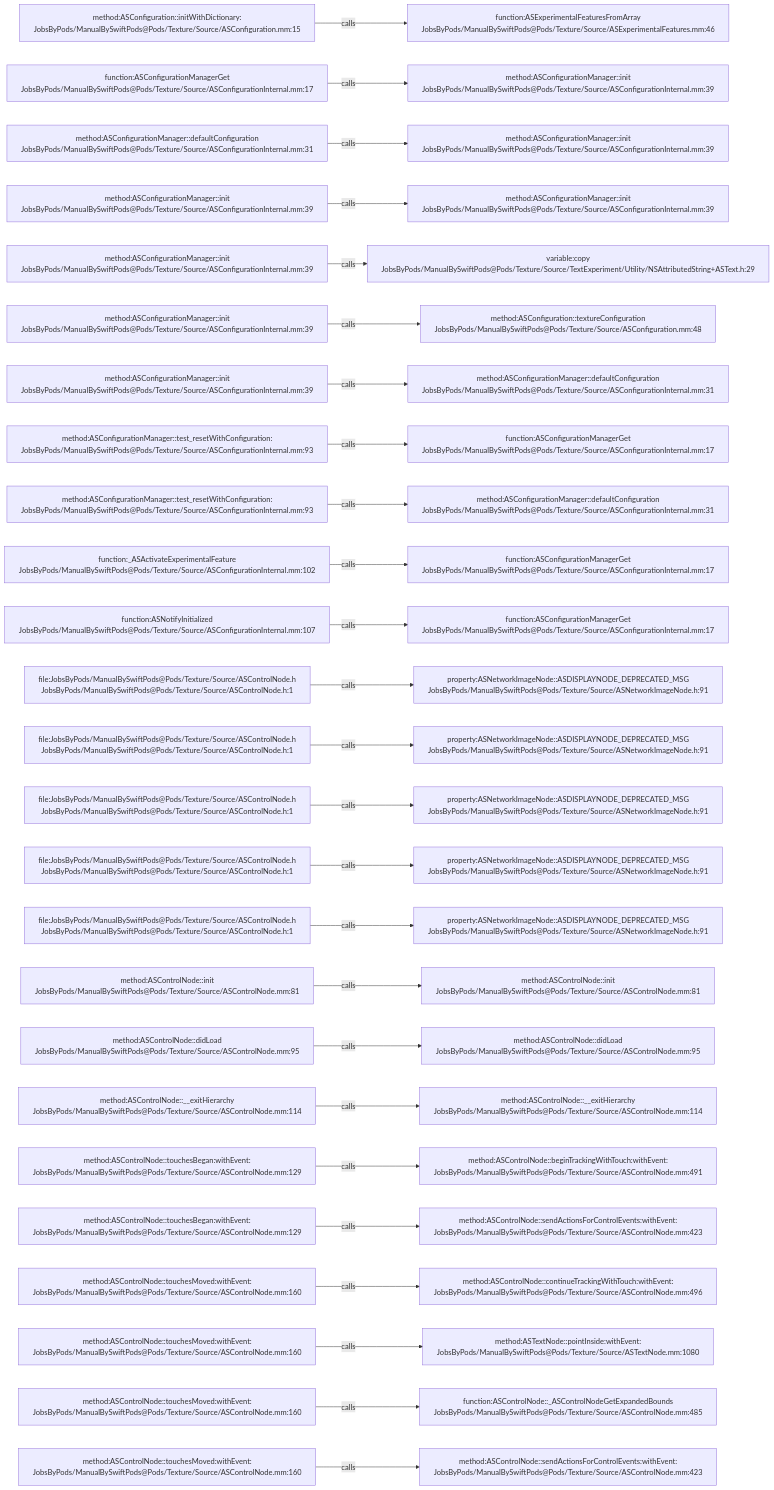
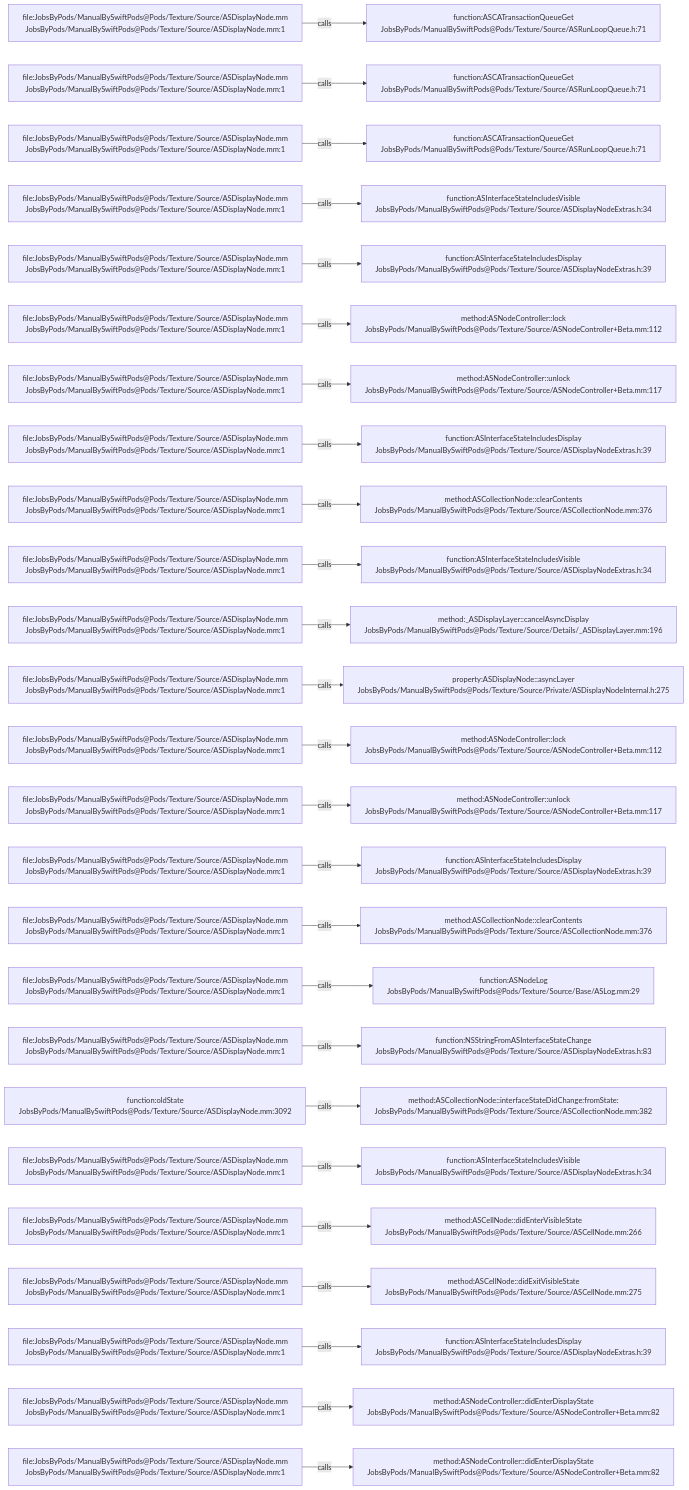
One commit to JobsKits/JobsSwiftBaseConfigDemo changed the diagram in .codegraph/codegraph.md/graphs/calls-035.md. Above: the diagram before and after it, drawn with Mermaid. The commit also changed 832 other files, not shown here.

````diff
--- a/.codegraph/codegraph.md/graphs/calls-035.md
+++ b/.codegraph/codegraph.md/graphs/calls-035.md
@@ -13,78 +13,78 @@
 ```mermaid
 flowchart LR
-  S1["method:ASConfiguration::initWithDictionary:<br/>JobsByPods/ManualBySwiftPods@Pods/Texture/Source/ASConfiguration.mm:15"]
-  T1["function:ASExperimentalFeaturesFromArray<br/>JobsByPods/ManualBySwiftPods@Pods/Texture/Source/ASExperimentalFeatures.mm:46"]
+  S1["file:JobsByPods/ManualBySwiftPods@Pods/Texture/Source/ASDisplayNode.mm<br/>JobsByPods/ManualBySwiftPods@Pods/Texture/Source/ASDisplayNode.mm:1"]
+  T1["function:ASCATransactionQueueGet<br/>JobsByPods/ManualBySwiftPods@Pods/Texture/Source/ASRunLoopQueue.h:71"]
   S1 -->|calls| T1
-  S2["function:ASConfigurationManagerGet<br/>JobsByPods/ManualBySwiftPods@Pods/Texture/Source/ASConfigurationInternal.mm:17"]
-  T2["method:ASConfigurationManager::init<br/>JobsByPods/ManualBySwiftPods@Pods/Texture/Source/ASConfigurationInternal.mm:39"]
+  S2["file:JobsByPods/ManualBySwiftPods@Pods/Texture/Source/ASDisplayNode.mm<br/>JobsByPods/ManualBySwiftPods@Pods/Texture/Source/ASDisplayNode.mm:1"]
+  T2["function:ASCATransactionQueueGet<br/>JobsByPods/ManualBySwiftPods@Pods/Texture/Source/ASRunLoopQueue.h:71"]
   S2 -->|calls| T2
-  S3["method:ASConfigurationManager::defaultConfiguration<br/>JobsByPods/ManualBySwiftPods@Pods/Texture/Source/ASConfigurationInternal.mm:31"]
-  T3["method:ASConfigurationManager::init<br/>JobsByPods/ManualBySwiftPods@Pods/Texture/Source/ASConfigurationInternal.mm:39"]
+  S3["file:JobsByPods/ManualBySwiftPods@Pods/Texture/Source/ASDisplayNode.mm<br/>JobsByPods/ManualBySwiftPods@Pods/Texture/Source/ASDisplayNode.mm:1"]
+  T3["function:ASCATransactionQueueGet<br/>JobsByPods/ManualBySwiftPods@Pods/Texture/Source/ASRunLoopQueue.h:71"]
   S3 -->|calls| T3
-  S4["method:ASConfigurationManager::init<br/>JobsByPods/ManualBySwiftPods@Pods/Texture/Source/ASConfigurationInternal.mm:39"]
-  T4["method:ASConfigurationManager::init<br/>JobsByPods/ManualBySwiftPods@Pods/Texture/Source/ASConfigurationInternal.mm:39"]
+  S4["file:JobsByPods/ManualBySwiftPods@Pods/Texture/Source/ASDisplayNode.mm<br/>JobsByPods/ManualBySwiftPods@Pods/Texture/Source/ASDisplayNode.mm:1"]
+  T4["function:ASInterfaceStateIncludesVisible<br/>JobsByPods/ManualBySwiftPods@Pods/Texture/Source/ASDisplayNodeExtras.h:34"]
   S4 -->|calls| T4
-  S5["method:ASConfigurationManager::init<br/>JobsByPods/ManualBySwiftPods@Pods/Texture/Source/ASConfigurationInternal.mm:39"]
-  T5["variable:copy<br/>JobsByPods/ManualBySwiftPods@Pods/Texture/Source/TextExperiment/Utility/NSAttributedString+ASText.h:29"]
+  S5["file:JobsByPods/ManualBySwiftPods@Pods/Texture/Source/ASDisplayNode.mm<br/>JobsByPods/ManualBySwiftPods@Pods/Texture/Source/ASDisplayNode.mm:1"]
+  T5["function:ASInterfaceStateIncludesDisplay<br/>JobsByPods/ManualBySwiftPods@Pods/Texture/Source/ASDisplayNodeExtras.h:39"]
   S5 -->|calls| T5
-  S6["method:ASConfigurationManager::init<br/>JobsByPods/ManualBySwiftPods@Pods/Texture/Source/ASConfigurationInternal.mm:39"]
-  T6["method:ASConfiguration::textureConfiguration<br/>JobsByPods/ManualBySwiftPods@Pods/Texture/Source/ASConfiguration.mm:48"]
+  S6["file:JobsByPods/ManualBySwiftPods@Pods/Texture/Source/ASDisplayNode.mm<br/>JobsByPods/ManualBySwiftPods@Pods/Texture/Source/ASDisplayNode.mm:1"]
+  T6["method:ASNodeController::lock<br/>JobsByPods/ManualBySwiftPods@Pods/Texture/Source/ASNodeController+Beta.mm:112"]
   S6 -->|calls| T6
-  S7["method:ASConfigurationManager::init<br/>JobsByPods/ManualBySwiftPods@Pods/Texture/Source/ASConfigurationInternal.mm:39"]
-  T7["method:ASConfigurationManager::defaultConfiguration<br/>JobsByPods/ManualBySwiftPods@Pods/Texture/Source/ASConfigurationInternal.mm:31"]
+  S7["file:JobsByPods/ManualBySwiftPods@Pods/Texture/Source/ASDisplayNode.mm<br/>JobsByPods/ManualBySwiftPods@Pods/Texture/Source/ASDisplayNode.mm:1"]
+  T7["method:ASNodeController::unlock<br/>JobsByPods/ManualBySwiftPods@Pods/Texture/Source/ASNodeController+Beta.mm:117"]
   S7 -->|calls| T7
-  S8["method:ASConfigurationManager::test_resetWithConfiguration:<br/>JobsByPods/ManualBySwiftPods@Pods/Texture/Source/ASConfigurationInternal.mm:93"]
-  T8["function:ASConfigurationManagerGet<br/>JobsByPods/ManualBySwiftPods@Pods/Texture/Source/ASConfigurationInternal.mm:17"]
+  S8["file:JobsByPods/ManualBySwiftPods@Pods/Texture/Source/ASDisplayNode.mm<br/>JobsByPods/ManualBySwiftPods@Pods/Texture/Source/ASDisplayNode.mm:1"]
+  T8["function:ASInterfaceStateIncludesDisplay<br/>JobsByPods/ManualBySwiftPods@Pods/Texture/Source/ASDisplayNodeExtras.h:39"]
   S8 -->|calls| T8
-  S9["method:ASConfigurationManager::test_resetWithConfiguration:<br/>JobsByPods/ManualBySwiftPods@Pods/Texture/Source/ASConfigurationInternal.mm:93"]
-  T9["method:ASConfigurationManager::defaultConfiguration<br/>JobsByPods/ManualBySwiftPods@Pods/Texture/Source/ASConfigurationInternal.mm:31"]
+  S9["file:JobsByPods/ManualBySwiftPods@Pods/Texture/Source/ASDisplayNode.mm<br/>JobsByPods/ManualBySwiftPods@Pods/Texture/Source/ASDisplayNode.mm:1"]
+  T9["method:ASCollectionNode::clearContents<br/>JobsByPods/ManualBySwiftPods@Pods/Texture/Source/ASCollectionNode.mm:376"]
   S9 -->|calls| T9
-  S10["function:_ASActivateExperimentalFeature<br/>JobsByPods/ManualBySwiftPods@Pods/Texture/Source/ASConfigurationInternal.mm:102"]
-  T10["function:ASConfigurationManagerGet<br/>JobsByPods/ManualBySwiftPods@Pods/Texture/Source/ASConfigurationInternal.mm:17"]
+  S10["file:JobsByPods/ManualBySwiftPods@Pods/Texture/Source/ASDisplayNode.mm<br/>JobsByPods/ManualBySwiftPods@Pods/Texture/Source/ASDisplayNode.mm:1"]
+  T10["function:ASInterfaceStateIncludesVisible<br/>JobsByPods/ManualBySwiftPods@Pods/Texture/Source/ASDisplayNodeExtras.h:34"]
   S10 -->|calls| T10
-  S11["function:ASNotifyInitialized<br/>JobsByPods/ManualBySwiftPods@Pods/Texture/Source/ASConfigurationInternal.mm:107"]
-  T11["function:ASConfigurationManagerGet<br/>JobsByPods/ManualBySwiftPods@Pods/Texture/Source/ASConfigurationInternal.mm:17"]
+  S11["file:JobsByPods/ManualBySwiftPods@Pods/Texture/Source/ASDisplayNode.mm<br/>JobsByPods/ManualBySwiftPods@Pods/Texture/Source/ASDisplayNode.mm:1"]
+  T11["method:_ASDisplayLayer::cancelAsyncDisplay<br/>JobsByPods/ManualBySwiftPods@Pods/Texture/Source/Details/_ASDisplayLayer.mm:196"]
   S11 -->|calls| T11
-  S12["file:JobsByPods/ManualBySwiftPods@Pods/Texture/Source/ASControlNode.h<br/>JobsByPods/ManualBySwiftPods@Pods/Texture/Source/ASControlNode.h:1"]
-  T12["property:ASNetworkImageNode::ASDISPLAYNODE_DEPRECATED_MSG<br/>JobsByPods/ManualBySwiftPods@Pods/Texture/Source/ASNetworkImageNode.h:91"]
+  S12["file:JobsByPods/ManualBySwiftPods@Pods/Texture/Source/ASDisplayNode.mm<br/>JobsByPods/ManualBySwiftPods@Pods/Texture/Source/ASDisplayNode.mm:1"]
+  T12["property:ASDisplayNode::asyncLayer<br/>JobsByPods/ManualBySwiftPods@Pods/Texture/Source/Private/ASDisplayNodeInternal.h:275"]
   S12 -->|calls| T12
-  S13["file:JobsByPods/ManualBySwiftPods@Pods/Texture/Source/ASControlNode.h<br/>JobsByPods/ManualBySwiftPods@Pods/Texture/Source/ASControlNode.h:1"]
-  T13["property:ASNetworkImageNode::ASDISPLAYNODE_DEPRECATED_MSG<br/>JobsByPods/ManualBySwiftPods@Pods/Texture/Source/ASNetworkImageNode.h:91"]
+  S13["file:JobsByPods/ManualBySwiftPods@Pods/Texture/Source/ASDisplayNode.mm<br/>JobsByPods/ManualBySwiftPods@Pods/Texture/Source/ASDisplayNode.mm:1"]
+  T13["method:ASNodeController::lock<br/>JobsByPods/ManualBySwiftPods@Pods/Texture/Source/ASNodeController+Beta.mm:112"]
   S13 -->|calls| T13
-  S14["file:JobsByPods/ManualBySwiftPods@Pods/Texture/Source/ASControlNode.h<br/>JobsByPods/ManualBySwiftPods@Pods/Texture/Source/ASControlNode.h:1"]
-  T14["property:ASNetworkImageNode::ASDISPLAYNODE_DEPRECATED_MSG<br/>JobsByPods/ManualBySwiftPods@Pods/Texture/Source/ASNetworkImageNode.h:91"]
+  S14["file:JobsByPods/ManualBySwiftPods@Pods/Texture/Source/ASDisplayNode.mm<br/>JobsByPods/ManualBySwiftPods@Pods/Texture/Source/ASDisplayNode.mm:1"]
+  T14["method:ASNodeController::unlock<br/>JobsByPods/ManualBySwiftPods@Pods/Texture/Source/ASNodeController+Beta.mm:117"]
   S14 -->|calls| T14
-  S15["file:JobsByPods/ManualBySwiftPods@Pods/Texture/Source/ASControlNode.h<br/>JobsByPods/ManualBySwiftPods@Pods/Texture/Source/ASControlNode.h:1"]
-  T15["property:ASNetworkImageNode::ASDISPLAYNODE_DEPRECATED_MSG<br/>JobsByPods/ManualBySwiftPods@Pods/Texture/Source/ASNetworkImageNode.h:91"]
+  S15["file:JobsByPods/ManualBySwiftPods@Pods/Texture/Source/ASDisplayNode.mm<br/>JobsByPods/ManualBySwiftPods@Pods/Texture/Source/ASDisplayNode.mm:1"]
+  T15["function:ASInterfaceStateIncludesDisplay<br/>JobsByPods/ManualBySwiftPods@Pods/Texture/Source/ASDisplayNodeExtras.h:39"]
   S15 -->|calls| T15
-  S16["file:JobsByPods/ManualBySwiftPods@Pods/Texture/Source/ASControlNode.h<br/>JobsByPods/ManualBySwiftPods@Pods/Texture/Source/ASControlNode.h:1"]
-  T16["property:ASNetworkImageNode::ASDISPLAYNODE_DEPRECATED_MSG<br/>JobsByPods/ManualBySwiftPods@Pods/Texture/Source/ASNetworkImageNode.h:91"]
+  S16["file:JobsByPods/ManualBySwiftPods@Pods/Texture/Source/ASDisplayNode.mm<br/>JobsByPods/ManualBySwiftPods@Pods/Texture/Source/ASDisplayNode.mm:1"]
+  T16["method:ASCollectionNode::clearContents<br/>JobsByPods/ManualBySwiftPods@Pods/Texture/Source/ASCollectionNode.mm:376"]
   S16 -->|calls| T16
-  S17["method:ASControlNode::init<br/>JobsByPods/ManualBySwiftPods@Pods/Texture/Source/ASControlNode.mm:81"]
-  T17["method:ASControlNode::init<br/>JobsByPods/ManualBySwiftPods@Pods/Texture/Source/ASControlNode.mm:81"]
+  S17["file:JobsByPods/ManualBySwiftPods@Pods/Texture/Source/ASDisplayNode.mm<br/>JobsByPods/ManualBySwiftPods@Pods/Texture/Source/ASDisplayNode.mm:1"]
+  T17["function:ASNodeLog<br/>JobsByPods/ManualBySwiftPods@Pods/Texture/Source/Base/ASLog.mm:29"]
   S17 -->|calls| T17
-  S18["method:ASControlNode::didLoad<br/>JobsByPods/ManualBySwiftPods@Pods/Texture/Source/ASControlNode.mm:95"]
-  T18["method:ASControlNode::didLoad<br/>JobsByPods/ManualBySwiftPods@Pods/Texture/Source/ASControlNode.mm:95"]
+  S18["file:JobsByPods/ManualBySwiftPods@Pods/Texture/Source/ASDisplayNode.mm<br/>JobsByPods/ManualBySwiftPods@Pods/Texture/Source/ASDisplayNode.mm:1"]
+  T18["function:NSStringFromASInterfaceStateChange<br/>JobsByPods/ManualBySwiftPods@Pods/Texture/Source/ASDisplayNodeExtras.h:83"]
   S18 -->|calls| T18
-  S19["method:ASControlNode::__exitHierarchy<br/>JobsByPods/ManualBySwiftPods@Pods/Texture/Source/ASControlNode.mm:114"]
-  T19["method:ASControlNode::__exitHierarchy<br/>JobsByPods/ManualBySwiftPods@Pods/Texture/Source/ASControlNode.mm:114"]
+  S19["function:oldState<br/>JobsByPods/ManualBySwiftPods@Pods/Texture/Source/ASDisplayNode.mm:3092"]
+  T19["method:ASCollectionNode::interfaceStateDidChange:fromState:<br/>JobsByPods/ManualBySwiftPods@Pods/Texture/Source/ASCollectionNode.mm:382"]
   S19 -->|calls| T19
-  S20["method:ASControlNode::touchesBegan:withEvent:<br/>JobsByPods/ManualBySwiftPods@Pods/Texture/Source/ASControlNode.mm:129"]
-  T20["method:ASControlNode::beginTrackingWithTouch:withEvent:<br/>JobsByPods/ManualBySwiftPods@Pods/Texture/Source/ASControlNode.mm:491"]
+  S20["file:JobsByPods/ManualBySwiftPods@Pods/Texture/Source/ASDisplayNode.mm<br/>JobsByPods/ManualBySwiftPods@Pods/Texture/Source/ASDisplayNode.mm:1"]
+  T20["function:ASInterfaceStateIncludesVisible<br/>JobsByPods/ManualBySwiftPods@Pods/Texture/Source/ASDisplayNodeExtras.h:34"]
   S20 -->|calls| T20
-  S21["method:ASControlNode::touchesBegan:withEvent:<br/>JobsByPods/ManualBySwiftPods@Pods/Texture/Source/ASControlNode.mm:129"]
-  T21["method:ASControlNode::sendActionsForControlEvents:withEvent:<br/>JobsByPods/ManualBySwiftPods@Pods/Texture/Source/ASControlNode.mm:423"]
+  S21["file:JobsByPods/ManualBySwiftPods@Pods/Texture/Source/ASDisplayNode.mm<br/>JobsByPods/ManualBySwiftPods@Pods/Texture/Source/ASDisplayNode.mm:1"]
+  T21["method:ASCellNode::didEnterVisibleState<br/>JobsByPods/ManualBySwiftPods@Pods/Texture/Source/ASCellNode.mm:266"]
   S21 -->|calls| T21
-  S22["method:ASControlNode::touchesMoved:withEvent:<br/>JobsByPods/ManualBySwiftPods@Pods/Texture/Source/ASControlNode.mm:160"]
-  T22["method:ASControlNode::continueTrackingWithTouch:withEvent:<br/>JobsByPods/ManualBySwiftPods@Pods/Texture/Source/ASControlNode.mm:496"]
+  S22["file:JobsByPods/ManualBySwiftPods@Pods/Texture/Source/ASDisplayNode.mm<br/>JobsByPods/ManualBySwiftPods@Pods/Texture/Source/ASDisplayNode.mm:1"]
+  T22["method:ASCellNode::didExitVisibleState<br/>JobsByPods/ManualBySwiftPods@Pods/Texture/Source/ASCellNode.mm:275"]
   S22 -->|calls| T22
-  S23["method:ASControlNode::touchesMoved:withEvent:<br/>JobsByPods/ManualBySwiftPods@Pods/Texture/Source/ASControlNode.mm:160"]
-  T23["method:ASTextNode::pointInside:withEvent:<br/>JobsByPods/ManualBySwiftPods@Pods/Texture/Source/ASTextNode.mm:1080"]
+  S23["file:JobsByPods/ManualBySwiftPods@Pods/Texture/Source/ASDisplayNode.mm<br/>JobsByPods/ManualBySwiftPods@Pods/Texture/Source/ASDisplayNode.mm:1"]
+  T23["function:ASInterfaceStateIncludesDisplay<br/>JobsByPods/ManualBySwiftPods@Pods/Texture/Source/ASDisplayNodeExtras.h:39"]
   S23 -->|calls| T23
-  S24["method:ASControlNode::touchesMoved:withEvent:<br/>JobsByPods/ManualBySwiftPods@Pods/Texture/Source/ASControlNode.mm:160"]
-  T24["function:ASControlNode::_ASControlNodeGetExpandedBounds<br/>JobsByPods/ManualBySwiftPods@Pods/Texture/Source/ASControlNode.mm:485"]
+  S24["file:JobsByPods/ManualBySwiftPods@Pods/Texture/Source/ASDisplayNode.mm<br/>JobsByPods/ManualBySwiftPods@Pods/Texture/Source/ASDisplayNode.mm:1"]
+  T24["method:ASNodeController::didEnterDisplayState<br/>JobsByPods/ManualBySwiftPods@Pods/Texture/Source/ASNodeController+Beta.mm:82"]
   S24 -->|calls| T24
-  S25["method:ASControlNode::touchesMoved:withEvent:<br/>JobsByPods/ManualBySwiftPods@Pods/Texture/Source/ASControlNode.mm:160"]
-  T25["method:ASControlNode::sendActionsForControlEvents:withEvent:<br/>JobsByPods/ManualBySwiftPods@Pods/Texture/Source/ASControlNode.mm:423"]
+  S25["file:JobsByPods/ManualBySwiftPods@Pods/Texture/Source/ASDisplayNode.mm<br/>JobsByPods/ManualBySwiftPods@Pods/Texture/Source/ASDisplayNode.mm:1"]
+  T25["method:ASNodeController::didEnterDisplayState<br/>JobsByPods/ManualBySwiftPods@Pods/Texture/Source/ASNodeController+Beta.mm:82"]
   S25 -->|calls| T25
 ```
````
